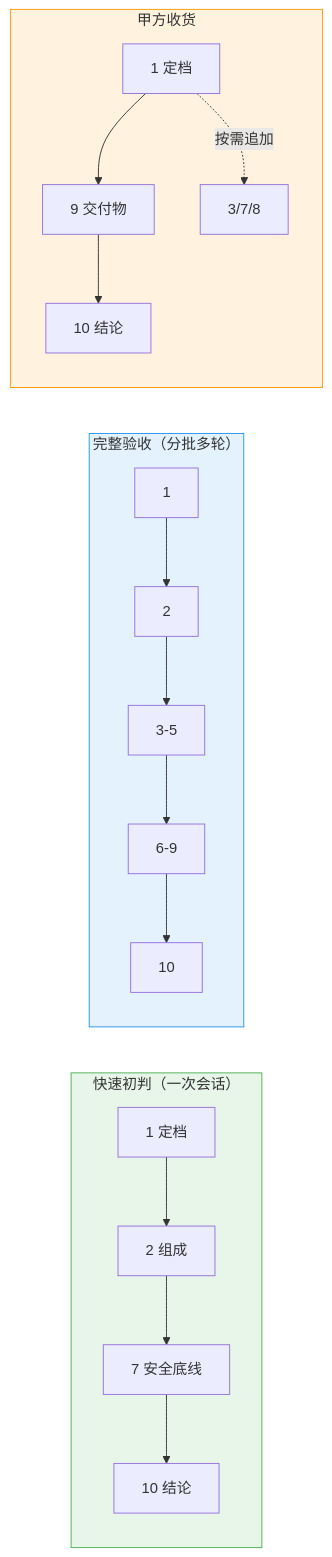
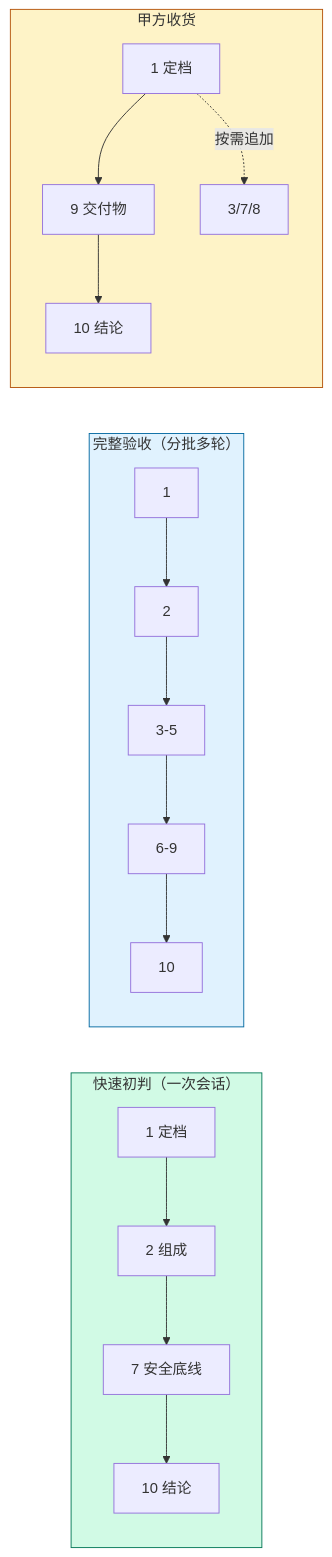
The fourth of 6 diagrams in docs/01-项目结构与流程图.md (LPK3215/agent-acceptance), drawn with Mermaid before and after one commit. The commit also changed other lines of this file and 10 other files, not shown here.

````diff
--- a/docs/01-项目结构与流程图.md
+++ b/docs/01-项目结构与流程图.md
@@ -144,19 +144,19 @@
 ```mermaid
 graph LR
     subgraph Quick["快速初判（一次会话）"]
         A1["1 定档"] --> A2["2 组成"] --> A7["7 安全底线"] --> A10["10 结论"]
     end
 
     subgraph Full["完整验收（分批多轮）"]
         B1["1"] --> B2["2"] --> B3["3-5"] --> B6["6-9"] --> B10["10"]
     end
 
     subgraph Audit["甲方收货"]
         C1["1 定档"] --> C9["9 交付物"] --> C10["10 结论"]
         C1 -.->|"按需追加"| C3["3/7/8"]
     end
 
-    style Quick fill:#e8f5e9,stroke:#4CAF50
-    style Full fill:#e3f2fd,stroke:#2196F3
-    style Audit fill:#fff3e0,stroke:#FF9800
+    style Quick fill:#d1fae5,stroke:#047857
+    style Full fill:#e0f2fe,stroke:#0369a1
+    style Audit fill:#fef3c7,stroke:#b45309
 ```
````
